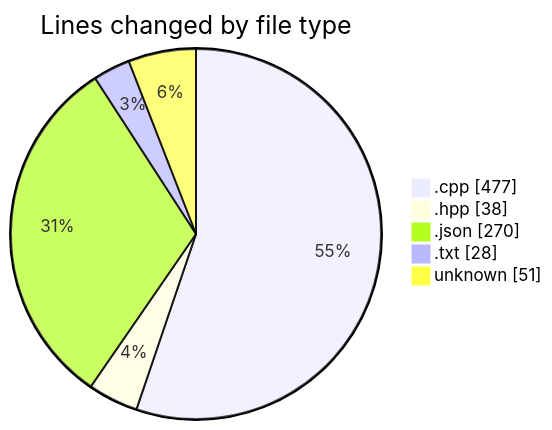
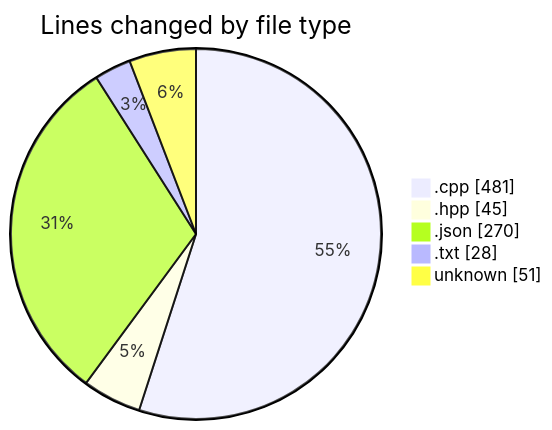
One commit to Netris89/code-tracking changed the first of 2 diagrams in 2025-04-06/echo/README.md. Above: the diagram before and after it, drawn with Mermaid. The commit also changed other lines of this file and 1 other file, not shown here.

````diff
--- a/2025-04-06/echo/README.md
+++ b/2025-04-06/echo/README.md
@@ -25,9 +25,9 @@
 ```mermaid
 pie showData
 title Lines changed by file type
-".cpp" : 477
-".hpp" : 38
+".cpp" : 481
+".hpp" : 45
 ".json" : 270
 ".txt" : 28
 "unknown" : 51
 ```
````
